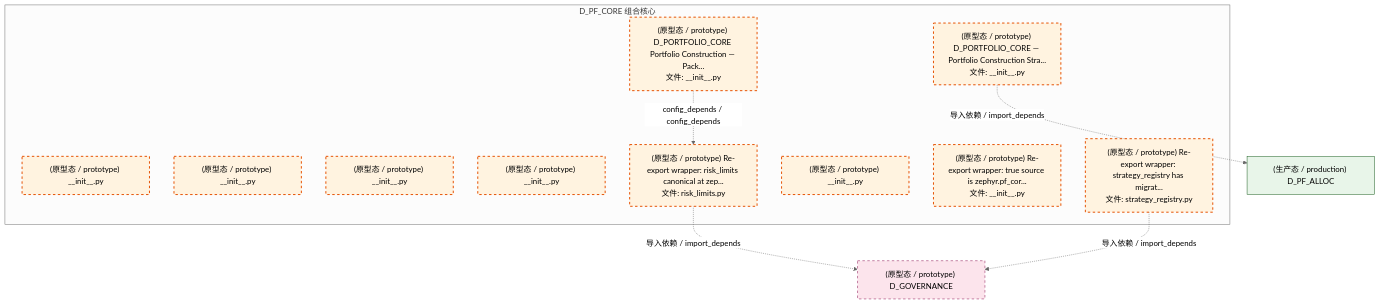
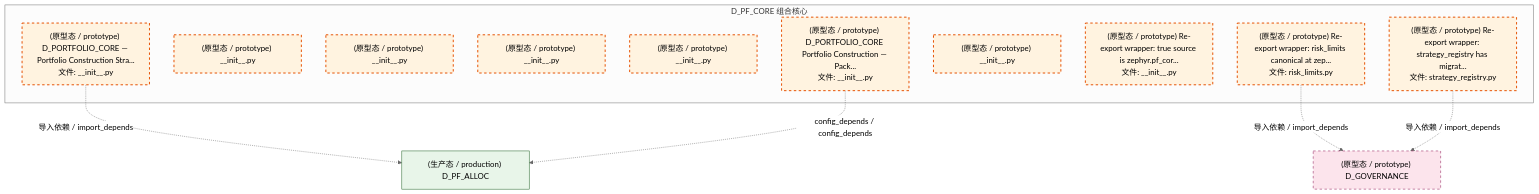
The third of 4 diagrams in docs/02_enterprise_architecture/02_domain_architecture_docs/52_d_pf_core.md (xuanFelixVan/ZephyrAlpha), drawn with Mermaid (neutral theme) before and after one commit. The commit also changed other lines of this file and 125 other files, not shown here.

````diff
--- a/docs/02_enterprise_architecture/02_domain_architecture_docs/52_d_pf_core.md
+++ b/docs/02_enterprise_architecture/02_domain_architecture_docs/52_d_pf_core.md
@@ -153,28 +153,28 @@
 ```mermaid
 graph TD
     subgraph D_PF_CORE["D_PF_CORE 组合核心"]
         src_zephyr_pf_core_init_py["(原型态 / prototype) D_PORTFOLIO_CORE Portfolio Construction — Pack...<br/>文件: __init__.py"]
         src_zephyr_pf_core_extensions_init_py["(原型态 / prototype) __init__.py"]
         src_zephyr_pf_core_api_init_py["(原型态 / prototype) __init__.py"]
         src_zephyr_pf_core_core_init_py["(原型态 / prototype) __init__.py"]
         src_zephyr_pf_core_infrastructure_init_py["(原型态 / prototype) __init__.py"]
         src_zephyr_pf_core_risk_limits_py["(原型态 / prototype) Re-export wrapper: risk_limits canonical at zep...<br/>文件: risk_limits.py"]
         src_zephyr_pf_core_services_init_py["(原型态 / prototype) __init__.py"]
         src_zephyr_pf_core_strategies_init_py["(原型态 / prototype) Re-export wrapper: true source is zephyr.pf_cor...<br/>文件: __init__.py"]
         src_zephyr_pf_core_strategy_engine_init_py["(原型态 / prototype) D_PORTFOLIO_CORE — Portfolio Construction Stra...<br/>文件: __init__.py"]
         src_zephyr_pf_core_strategy_registry_py["(原型态 / prototype) Re-export wrapper: strategy_registry has migrat...<br/>文件: strategy_registry.py"]
     end
-    src_zephyr_pf_core_init_py -.->|config_depends / config_depends| src_zephyr_pf_core_risk_limits_py
     D_GOVERNANCE["(原型态 / prototype) D_GOVERNANCE"]
     src_zephyr_pf_core_risk_limits_py -.->|导入依赖 / import_depends| D_GOVERNANCE
     src_zephyr_pf_core_strategy_registry_py -.->|导入依赖 / import_depends| D_GOVERNANCE
     D_PF_ALLOC["(生产态 / production) D_PF_ALLOC"]
     src_zephyr_pf_core_strategy_engine_init_py -.->|导入依赖 / import_depends| D_PF_ALLOC
+    src_zephyr_pf_core_init_py -.->|config_depends / config_depends| D_PF_ALLOC
     classDef production fill:#e1f5fe,stroke:#01579b,stroke-width:2px,color:#000
     classDef design fill:#fff3e0,stroke:#e65100,stroke-width:2px,color:#000,stroke-dasharray: 5 5
     classDef external_prod fill:#e8f5e9,stroke:#1b5e20,stroke-width:1px,color:#000
     classDef external_design fill:#fce4ec,stroke:#880e4f,stroke-width:1px,color:#000,stroke-dasharray: 5 5
     class src_zephyr_pf_core_init_py,src_zephyr_pf_core_extensions_init_py,src_zephyr_pf_core_api_init_py,src_zephyr_pf_core_core_init_py,src_zephyr_pf_core_infrastructure_init_py,src_zephyr_pf_core_risk_limits_py,src_zephyr_pf_core_services_init_py,src_zephyr_pf_core_strategies_init_py,src_zephyr_pf_core_strategy_engine_init_py,src_zephyr_pf_core_strategy_registry_py design
     class D_PF_ALLOC external_prod
     class D_GOVERNANCE external_design
 ```
````
